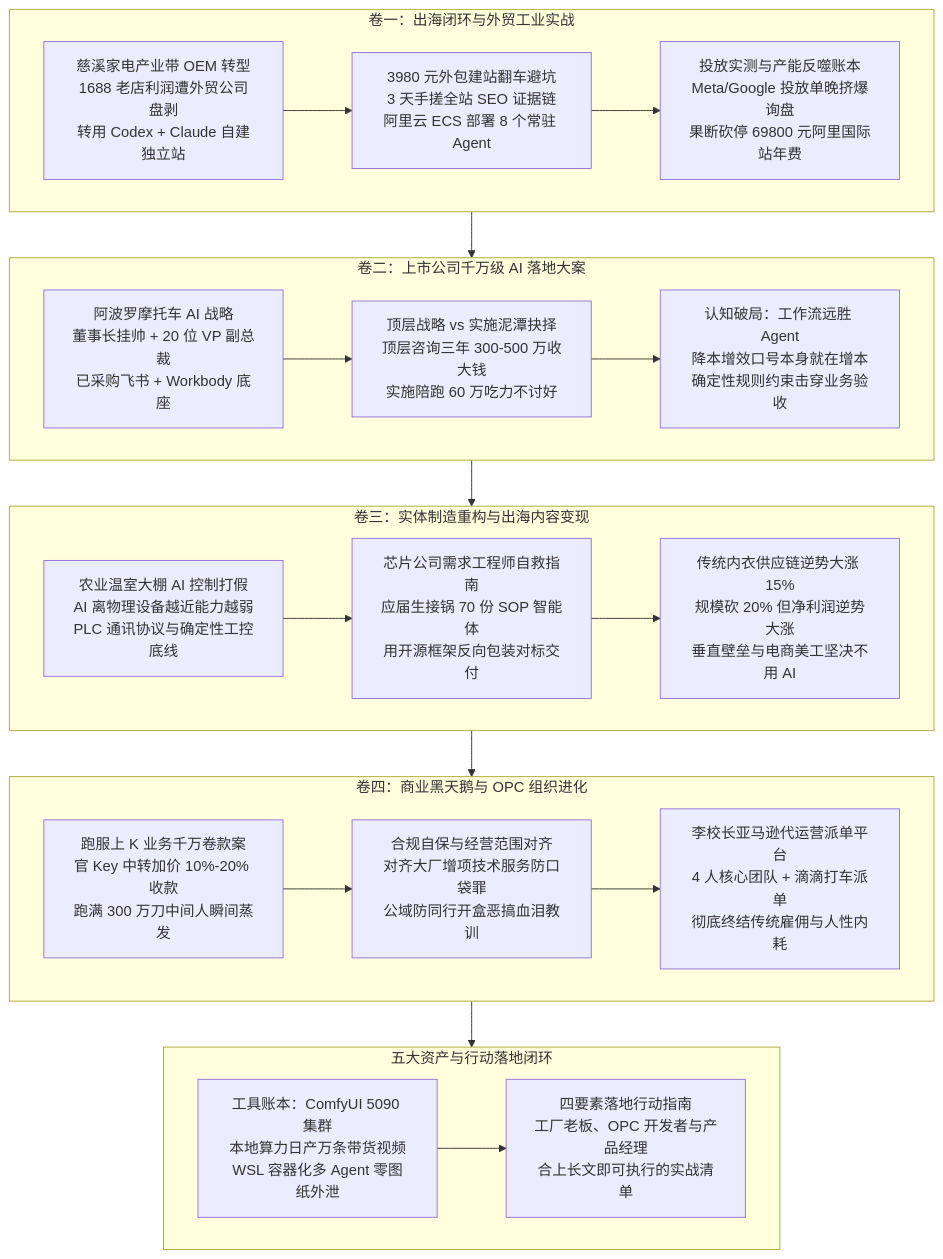
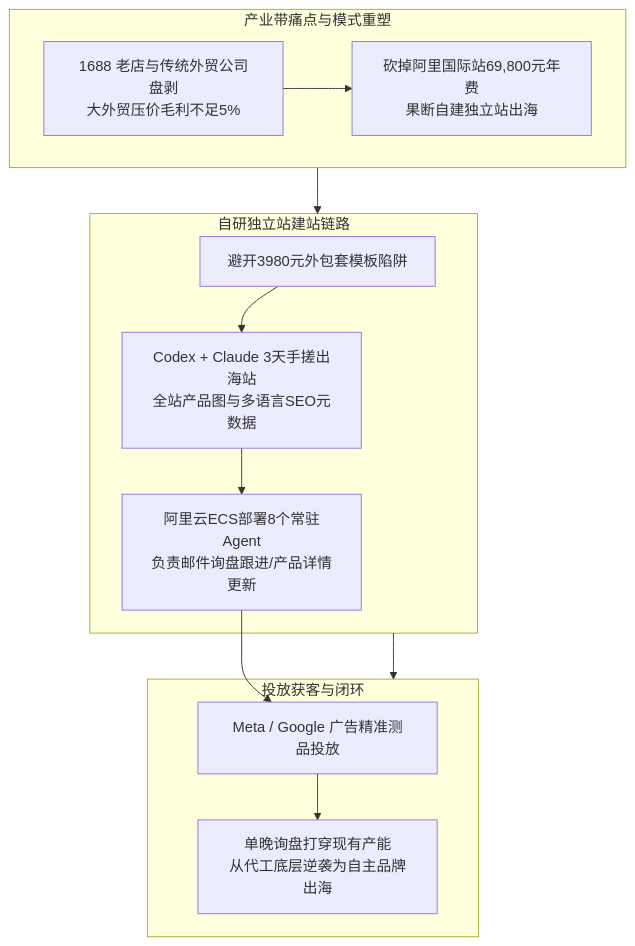
The diagram in content/live-20261105-01.md (dollarser/knowledge), drawn with Mermaid before and after one commit. The commit also changed 2 other files, not shown here.

Commit message:
refactor(diagrams): dismantle monolithic top graphs and sink contextual diagrams into local chapters

````diff
--- a/content/live-20261105-01.md
+++ b/content/live-20261105-01.md
@@ -3,38 +9,18 @@
 ```mermaid
 flowchart TD
-    subgraph M1["卷一：出海闭环与外贸工业实战"]
-        A1["慈溪家电产业带 OEM 转型<br/>1688 老店利润遭外贸公司盘剥<br/>转用 Codex + Claude 自建独立站"]
-        A2["3980 元外包建站翻车避坑<br/>3 天手搓全站 SEO 证据链<br/>阿里云 ECS 部署 8 个常驻 Agent"]
-        A3["投放实测与产能反噬账本<br/>Meta/Google 投放单晚挤爆询盘<br/>果断砍停 69800 元阿里国际站年费"]
-        A1 --> A2 --> A3
+    subgraph OEM["产业带痛点与模式重塑"]
+        O1["1688 老店与传统外贸公司盘剥<br/>大外贸压价毛利不足5%"] --> O2["砍掉阿里国际站69,800元年费<br/>果断自建独立站出海"]
     end
 
-    subgraph M2["卷二：上市公司千万级 AI 落地大案"]
-        B1["阿波罗摩托车 AI 战略<br/>董事长挂帅 + 20 位 VP 副总裁<br/>已采购飞书 + Workbody 底座"]
-        B2["顶层战略 vs 实施泥潭抉择<br/>顶层咨询三年 300-500 万收大钱<br/>实施陪跑 60 万吃力不讨好"]
-        B3["认知破局：工作流远胜 Agent<br/>降本增效口号本身就在增本<br/>确定性规则约束击穿业务验收"]
-        B1 --> B2 --> B3
+    subgraph Dev["自研独立站建站链路"]
+        D1["避开3980元外包套模板陷阱"] --> D2["Codex + Claude 3天手搓出海站<br/>全站产品图与多语言SEO元数据"]
+        D2 --> D3["阿里云ECS部署8个常驻Agent<br/>负责邮件询盘跟进/产品详情更新"]
     end
 
-    subgraph M3["卷三：实体制造重构与出海内容变现"]
-        C1["农业温室大棚 AI 控制打假<br/>AI 离物理设备越近能力越弱<br/>PLC 通讯协议与确定性工控底线"]
-        C2["芯片公司需求工程师自救指南<br/>应届生接锅 70 份 SOP 智能体<br/>用开源框架反向包装对标交付"]
-        C3["传统内衣供应链逆势大涨 15%<br/>规模砍 20% 但净利润逆势大涨<br/>垂直壁垒与电商美工坚决不用 AI"]
-        C1 --> C2 --> C3
+    subgraph Ad["投放获客与闭环"]
+        D3 --> A1["Meta / Google 广告精准测品投放"]
+        A1 --> A2["单晚询盘打穿现有产能<br/>从代工底层逆袭为自主品牌出海"]
     end
 
-    subgraph M4["卷四：商业黑天鹅与 OPC 组织进化"]
-        D1["跑服上 K 业务千万卷款案<br/>官 Key 中转加价 10%-20% 收款<br/>跑满 300 万刀中间人瞬间蒸发"]
-        D2["合规自保与经营范围对齐<br/>对齐大厂增项技术服务防口袋罪<br/>公域防同行开盒恶搞血泪教训"]
-        D3["李校长亚马逊代运营派单平台<br/>4 人核心团队 + 滴滴打车派单<br/>彻底终结传统雇佣与人性内耗"]
-        D1 --> D2 --> D3
-    end
-
-    subgraph M5["五大资产与行动落地闭环"]
-        E1["工具账本：ComfyUI 5090 集群<br/>本地算力日产万条带货视频<br/>WSL 容器化多 Agent 零图纸外泄"]
-        E2["四要素落地行动指南<br/>工厂老板、OPC 开发者与产品经理<br/>合上长文即可执行的实战清单"]
-        E1 --> E2
-    end
-
-    M1 --> M2 --> M3 --> M4 --> M5
+    OEM --> Dev --> Ad
 ```
````
